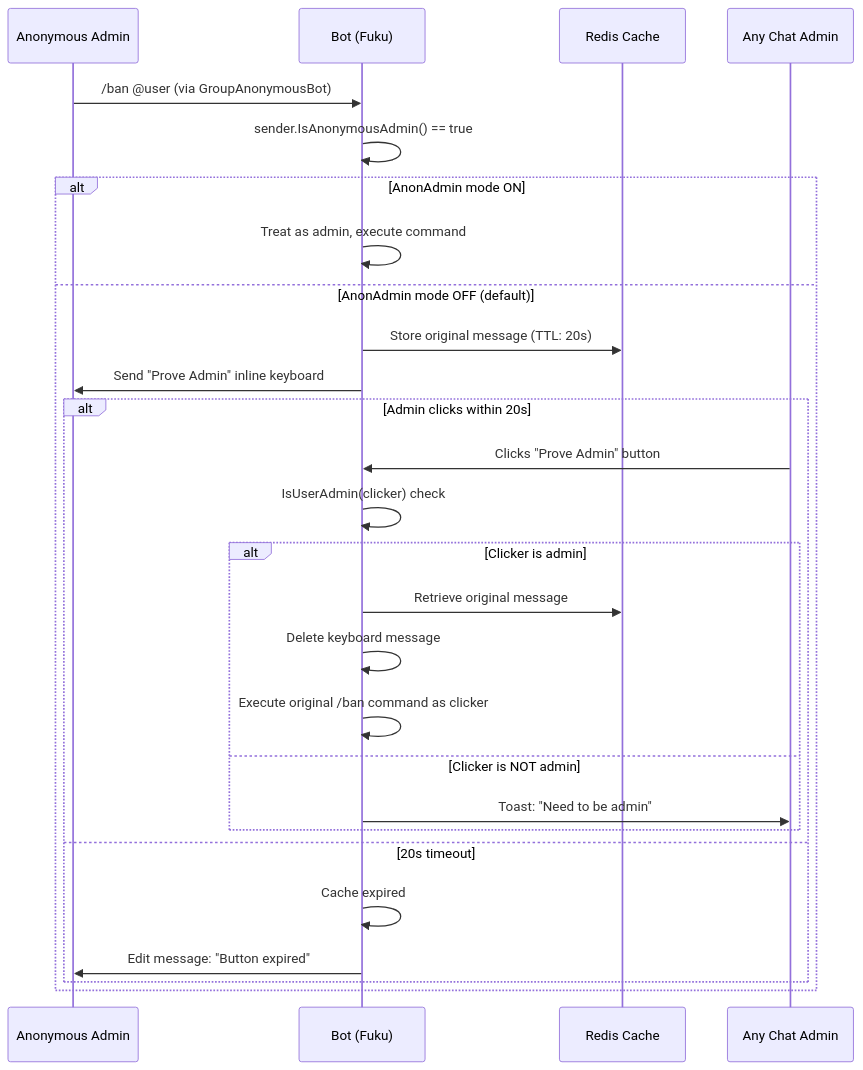
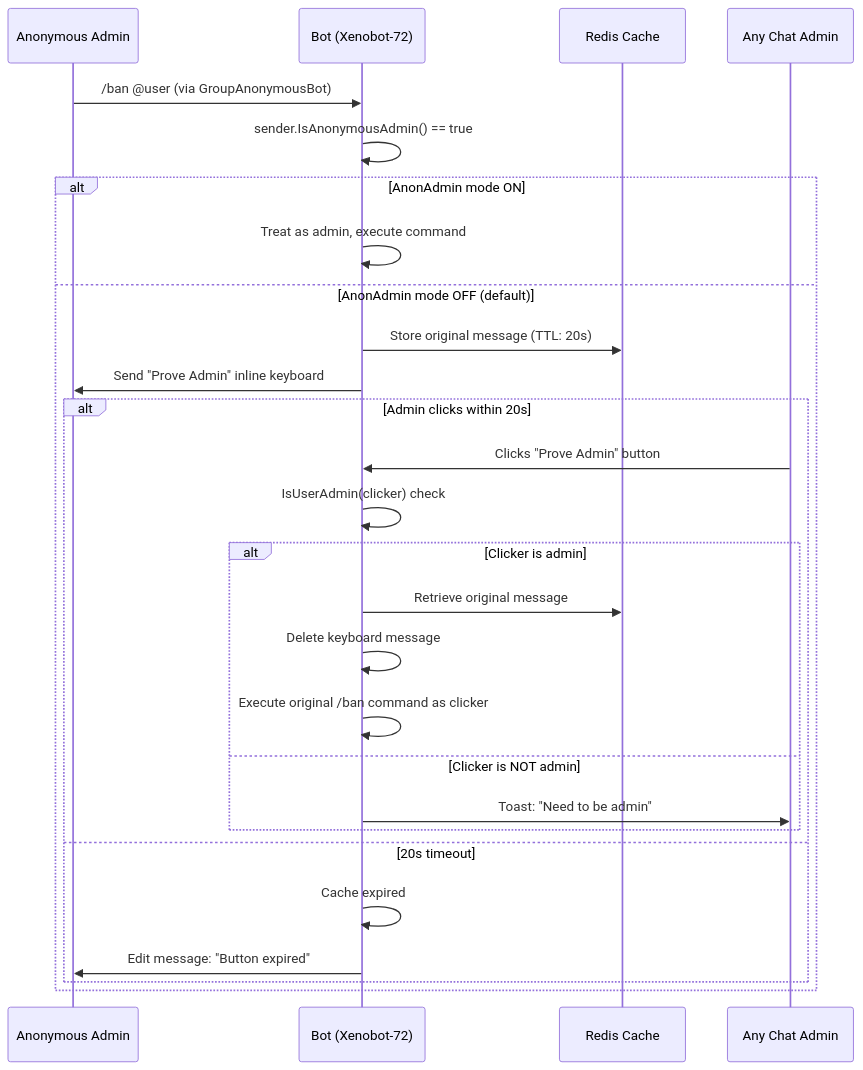
The diagram in docs/src/content/docs/architecture/anonymous-admin.md (uasneppy/Fuku_Robot), drawn with Mermaid before and after one commit. The commit also changed other lines of this file and 35 other files, not shown here.

First line of the commit message:
feat(docs): rename the bot to Xenobot-72 in the README and docs site

````diff
--- a/docs/src/content/docs/architecture/anonymous-admin.md
+++ b/docs/src/content/docs/architecture/anonymous-admin.md
@@ -33,30 +33,30 @@
 ```mermaid
 sequenceDiagram
     participant A as Anonymous Admin
-    participant B as Bot (Fuku)
+    participant B as Bot (Xenobot-72)
     participant C as Redis Cache
     participant D as Any Chat Admin
 
     A->>B: /ban @user (via GroupAnonymousBot)
     B->>B: sender.IsAnonymousAdmin() == true
     alt AnonAdmin mode ON
         B->>B: Treat as admin, execute command
     else AnonAdmin mode OFF (default)
         B->>C: Store original message (TTL: 20s)
         B->>A: Send "Prove Admin" inline keyboard
         alt Admin clicks within 20s
             D->>B: Clicks "Prove Admin" button
             B->>B: IsUserAdmin(clicker) check
             alt Clicker is admin
                 B->>C: Retrieve original message
                 B->>B: Delete keyboard message
                 B->>B: Execute original /ban command as clicker
             else Clicker is NOT admin
                 B->>D: Toast: "Need to be admin"
             end
         else 20s timeout
             B->>B: Cache expired
             B->>A: Edit message: "Button expired"
         end
     end
 ```
````
